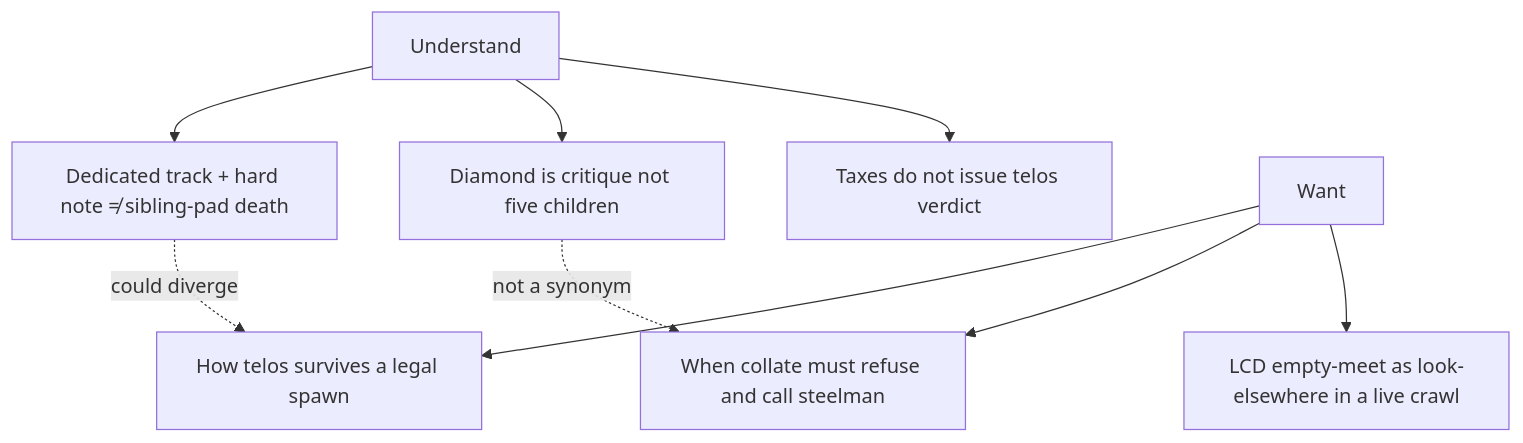
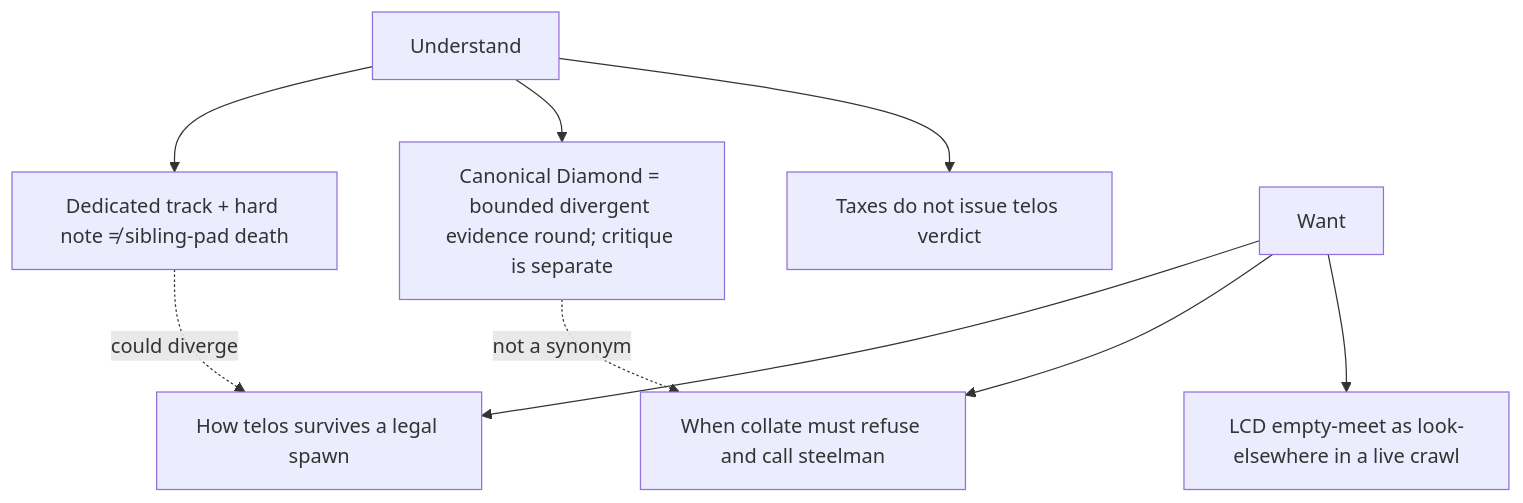
The third of 4 diagrams in LATTICE_AHEAD.md (Fractal-Deployment/twinglass-pack), drawn with Mermaid before and after one commit. The commit also changed other lines of this file and 13 other files, not shown here.

First line of the commit message:
fix: correct TwinGlass research geometries and pre-meet integrity flow

````diff
--- a/LATTICE_AHEAD.md
+++ b/LATTICE_AHEAD.md
@@ -40,11 +44,11 @@
 ```mermaid
 flowchart TD
   U[Understand] --> U1[Dedicated track + hard note ≠ sibling-pad death]
-  U --> U2[Diamond is critique not five children]
+  U --> U2[Canonical Diamond = bounded divergent evidence round; critique is separate]
   U --> U3[Taxes do not issue telos verdict]
   W[Want] --> W1[How telos survives a legal spawn]
   W --> W2[When collate must refuse and call steelman]
   W --> W3[LCD empty-meet as look-elsewhere in a live crawl]
   U1 -.->|could diverge| W1
   U2 -.->|not a synonym| W2
 ```
````
